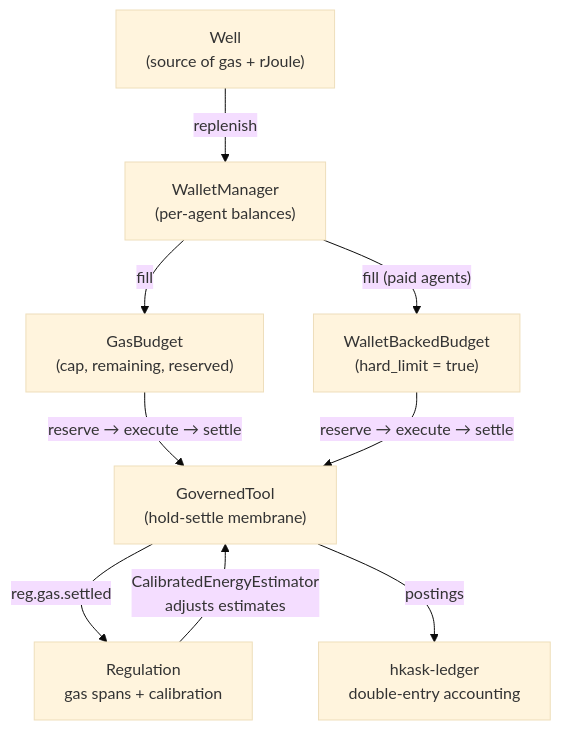
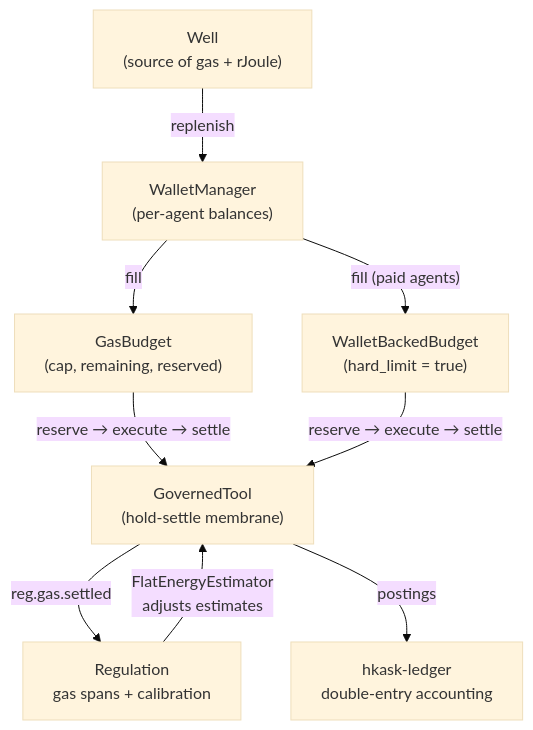
The first of 3 diagrams in kask/docs/explanation/energy-and-economy.md (mdz-axo/zed-kask), drawn with Mermaid (base theme) before and after one commit. The commit also changed other lines of this file and 15 other files, not shown here.

First line of the commit message:
Deep clean: fix stale references, rewrite architecture docs

````diff
--- a/kask/docs/explanation/energy-and-economy.md
+++ b/kask/docs/explanation/energy-and-economy.md
@@ -105,19 +105,19 @@
 ```mermaid
 flowchart TD
     WELL["Well\n(source of gas + rJoule)"]
     WM["WalletManager\n(per-agent balances)"]
     GB["GasBudget\n(cap, remaining, reserved)"]
     WBB["WalletBackedBudget\n(hard_limit = true)"]
     LEDGER["hkask-ledger\ndouble-entry accounting"]
     GT["GovernedTool\n(hold-settle membrane)"]
     Regulation["Regulation\ngas spans + calibration"]
 
     WELL -->|"replenish"| WM
     WM -->|"fill"| GB
     WM -->|"fill (paid agents)"| WBB
     GB -->|"reserve → execute → settle"| GT
     WBB -->|"reserve → execute → settle"| GT
     GT -->|"reg.gas.settled"| Regulation
     GT -->|"postings"| LEDGER
-    Regulation -->|"CalibratedEnergyEstimator\nadjusts estimates"| GT
+    Regulation -->|"FlatEnergyEstimator\nadjusts estimates"| GT
 ```
````
